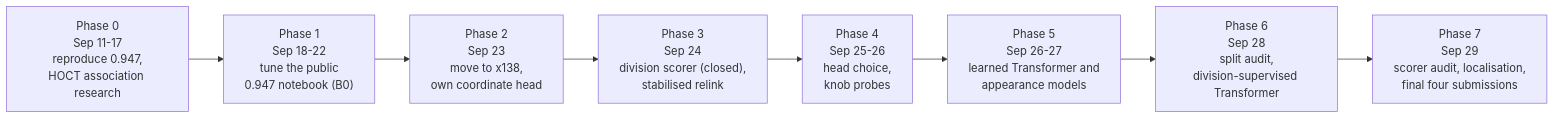
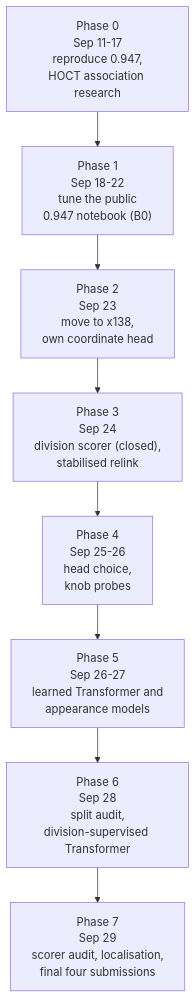
Before and after one commit to TaeyanG4/biohub-cell-tracking-during-development: the diagram in docs/JOURNEY.md, drawn with Mermaid. The commit also changed 3 other files, not shown here.

First line of the commit message:
Make Mermaid diagrams readable on GitHub

````diff
--- a/docs/JOURNEY.md
+++ b/docs/JOURNEY.md
@@ -11,10 +11,10 @@
 ```mermaid
-flowchart LR
+flowchart TD
     P0["Phase 0<br/>Sep 11-17<br/>reproduce 0.947,<br/>HOCT association research"] --> P1["Phase 1<br/>Sep 18-22<br/>tune the public<br/>0.947 notebook (B0)"]
     P1 --> P2["Phase 2<br/>Sep 23<br/>move to x138,<br/>own coordinate head"]
     P2 --> P3["Phase 3<br/>Sep 24<br/>division scorer (closed),<br/>stabilised relink"]
     P3 --> P4["Phase 4<br/>Sep 25-26<br/>head choice,<br/>knob probes"]
     P4 --> P5["Phase 5<br/>Sep 26-27<br/>learned Transformer and<br/>appearance models"]
     P5 --> P6["Phase 6<br/>Sep 28<br/>split audit,<br/>division-supervised Transformer"]
     P6 --> P7["Phase 7<br/>Sep 29<br/>scorer audit, localisation,<br/>final four submissions"]
 ```
````
